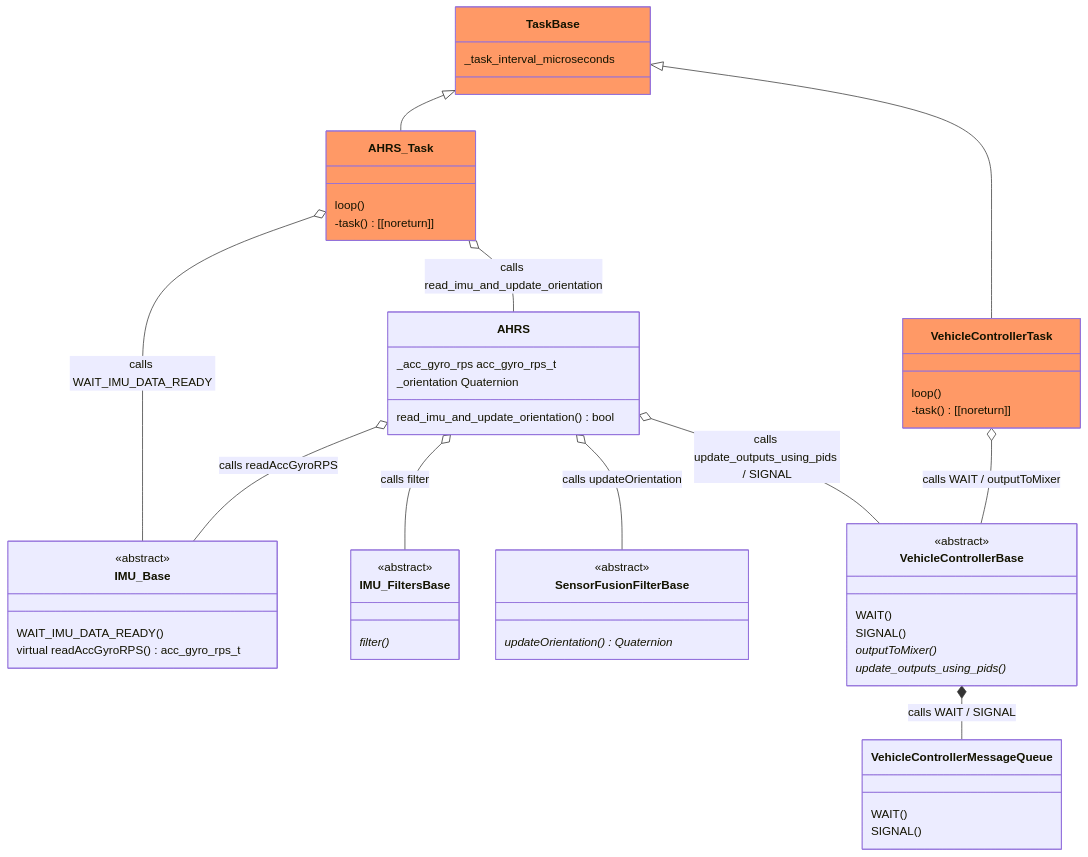
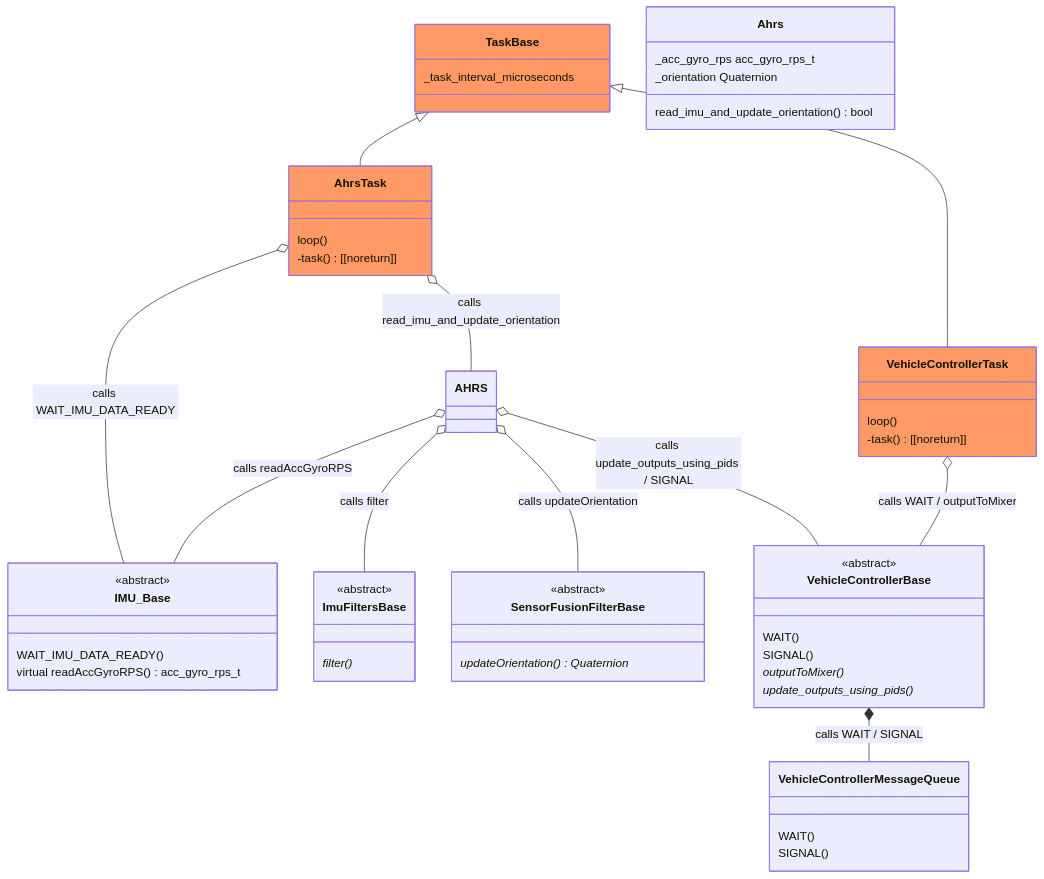
One commit to martinbudden/Library-StabilizedVehicle changed the diagram in README.md. Above: the diagram before and after it, drawn with Mermaid. The commit also changed other lines of this file and 11 other files, not shown here.

````diff
--- a/README.md
+++ b/README.md
@@ -14,73 +14,73 @@
 ```mermaid
 classDiagram
     class TaskBase:::taskClass {
         _task_interval_microseconds
     }
-    link TaskBase "https://github.com/martinbudden/Library-TaskBase/blob/main/src/TaskBase.h"
+    link TaskBase "https://github.com/martinbudden/Library-TaskBase/blob/main/src/task_base.h"
 
-    TaskBase <|-- AHRS_Task
-    class AHRS_Task:::taskClass {
+    TaskBase <|-- AhrsTask
+    class AhrsTask:::taskClass {
         loop()
         -task() [[noreturn]]
     }
-    link AHRS_Task "https://github.com/martinbudden/Library-StabilizedVehicle/blob/main/src/AHRS_Task.h"
-    AHRS_Task o-- AHRS : calls read_imu_and_update_orientation
-    AHRS_Task o-- IMU_Base : calls WAIT_IMU_DATA_READY
+    link AhrsTask "https://github.com/martinbudden/Library-StabilizedVehicle/blob/main/src/ahrs_task.h"
+    AhrsTask o-- AHRS : calls read_imu_and_update_orientation
+    AhrsTask o-- IMU_Base : calls WAIT_IMU_DATA_READY
 
 
     class IMU_Base {
         <<abstract>>
         WAIT_IMU_DATA_READY()
         virtual readAccGyroRPS() acc_gyro_rps_t
     }
-    link IMU_Base "https://github.com/martinbudden/Library-Sensors/blob/main/src/IMU_Base.h"
+    link IMU_Base "https://github.com/martinbudden/Library-Sensors/blob/main/src/imu_base.h"
 
-    class IMU_FiltersBase {
+    class ImuFiltersBase {
         <<abstract>>
         filter() *
     }
-    link IMU_FiltersBase "https://github.com/martinbudden/Library-StabilizedVehicle/blob/main/src/IMU_FiltersBase.h"
+    link ImuFiltersBase "https://github.com/martinbudden/Library-StabilizedVehicle/blob/main/src/imu_filters_base.h"
 
     class SensorFusionFilterBase {
         <<abstract>>
         updateOrientation() Quaternion *
     }
     link SensorFusionFilterBase "https://github.com/martinbudden/Library-SensorFusion/blob/main/src/sensor_fusion.h"
 
     class VehicleControllerMessageQueue {
         WAIT()
         SIGNAL()
     }
     link VehicleControllerMessageQueue "https://github.com/martinbudden/Library-StabilizedVehicle/blob/main/src/VehicleControllerMessageQueue.h"
 
     class VehicleControllerBase {
         <<abstract>>
         WAIT()
         SIGNAL()
         outputToMixer() *
         update_outputs_using_pids() *
     }
-    link VehicleControllerBase "https://github.com/martinbudden/Library-StabilizedVehicle/blob/main/src/VehicleControllerBase.h"
+    link VehicleControllerBase "https://github.com/martinbudden/Library-StabilizedVehicle/blob/main/src/vehicle_controller_base.h"
     VehicleControllerBase *-- VehicleControllerMessageQueue : calls WAIT / SIGNAL
 
-    class AHRS {
+    class Ahrs {
         _acc_gyro_rps acc_gyro_rps_t
         _orientation Quaternion
         read_imu_and_update_orientation() bool
     }
     link AHRS "https://github.com/martinbudden/Library-StabilizedVehicle/blob/main/src/AHRS.h"
     AHRS o-- IMU_Base : calls readAccGyroRPS
-    AHRS o-- IMU_FiltersBase : calls filter
+    AHRS o-- ImuFiltersBase : calls filter
     AHRS o-- SensorFusionFilterBase : calls updateOrientation
     AHRS o-- VehicleControllerBase : calls update_outputs_using_pids / SIGNAL
 
     TaskBase <|-- VehicleControllerTask
     class VehicleControllerTask:::taskClasss {
         loop()
         -task() [[noreturn]]
     }
     link VehicleControllerTask "https://github.com/martinbudden/Library-StabilizedVehicle/blob/main/src/VehicleControllerTask.h"
     VehicleControllerTask o-- VehicleControllerBase : calls WAIT / outputToMixer
 
     classDef taskClass fill:#f96
 ```
````
